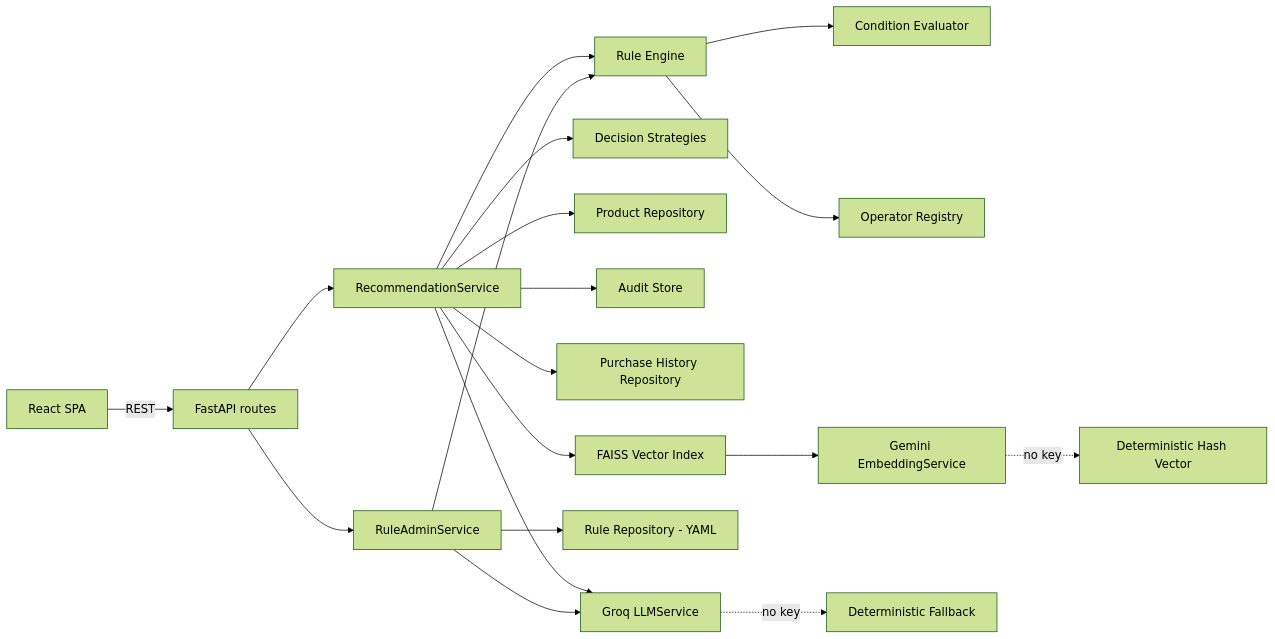
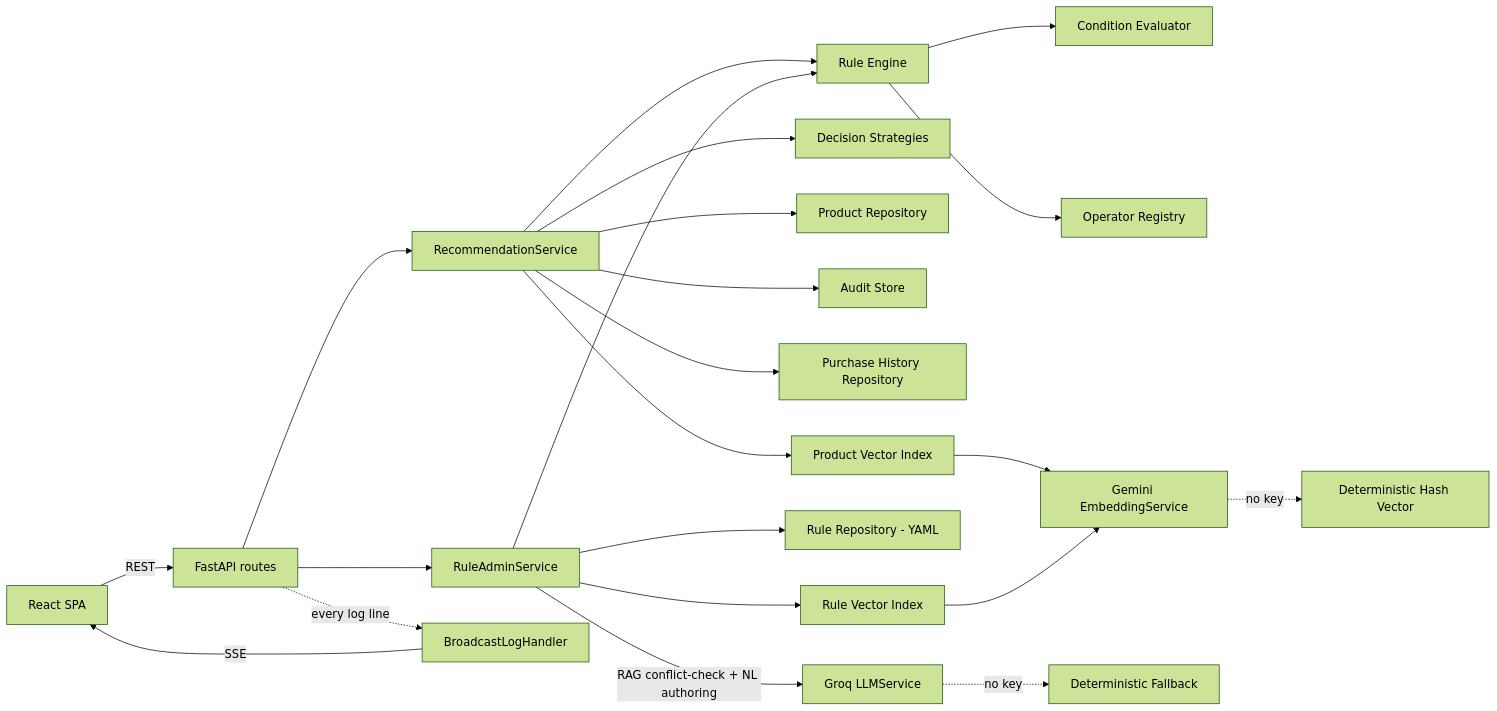
The diagram in README.md (AbhiTyagi012/hackathon_problem_4_solution), drawn with Mermaid (forest theme) before and after one commit. The commit also changed other lines of this file, not shown here.

Commit message:
architecture changes

````diff
--- a/README.md
+++ b/README.md
@@ -38,21 +42,24 @@
 ```mermaid
 flowchart LR
     UI[React SPA] -->|REST| API[FastAPI routes]
     API --> RS[RecommendationService]
     API --> RAS[RuleAdminService]
     RS --> ENGINE[Rule Engine]
     RAS --> ENGINE
     ENGINE --> COND[Condition Evaluator]
     ENGINE --> OPS[Operator Registry]
     RS --> STRAT[Decision Strategies]
     RS --> CATALOG[Product Repository]
     RS --> AUDIT[Audit Store]
     RS --> HIST[Purchase History Repository]
-    RS --> VEC[FAISS Vector Index]
+    RS --> VEC[Product Vector Index]
     VEC --> EMB[Gemini EmbeddingService]
     RAS --> RULES[Rule Repository - YAML]
-    RS --> LLM[Groq LLMService]
-    RAS --> LLM
+    RAS --> RVEC[Rule Vector Index]
+    RVEC --> EMB
+    RAS -->|RAG conflict-check + NL authoring| LLM[Groq LLMService]
     LLM -. no key .-> FALLBACK[Deterministic Fallback]
     EMB -. no key .-> HASHFALLBACK[Deterministic Hash Vector]
+    API -.every log line.-> LOGH[BroadcastLogHandler]
+    LOGH -->|SSE| UI
 ```
````
